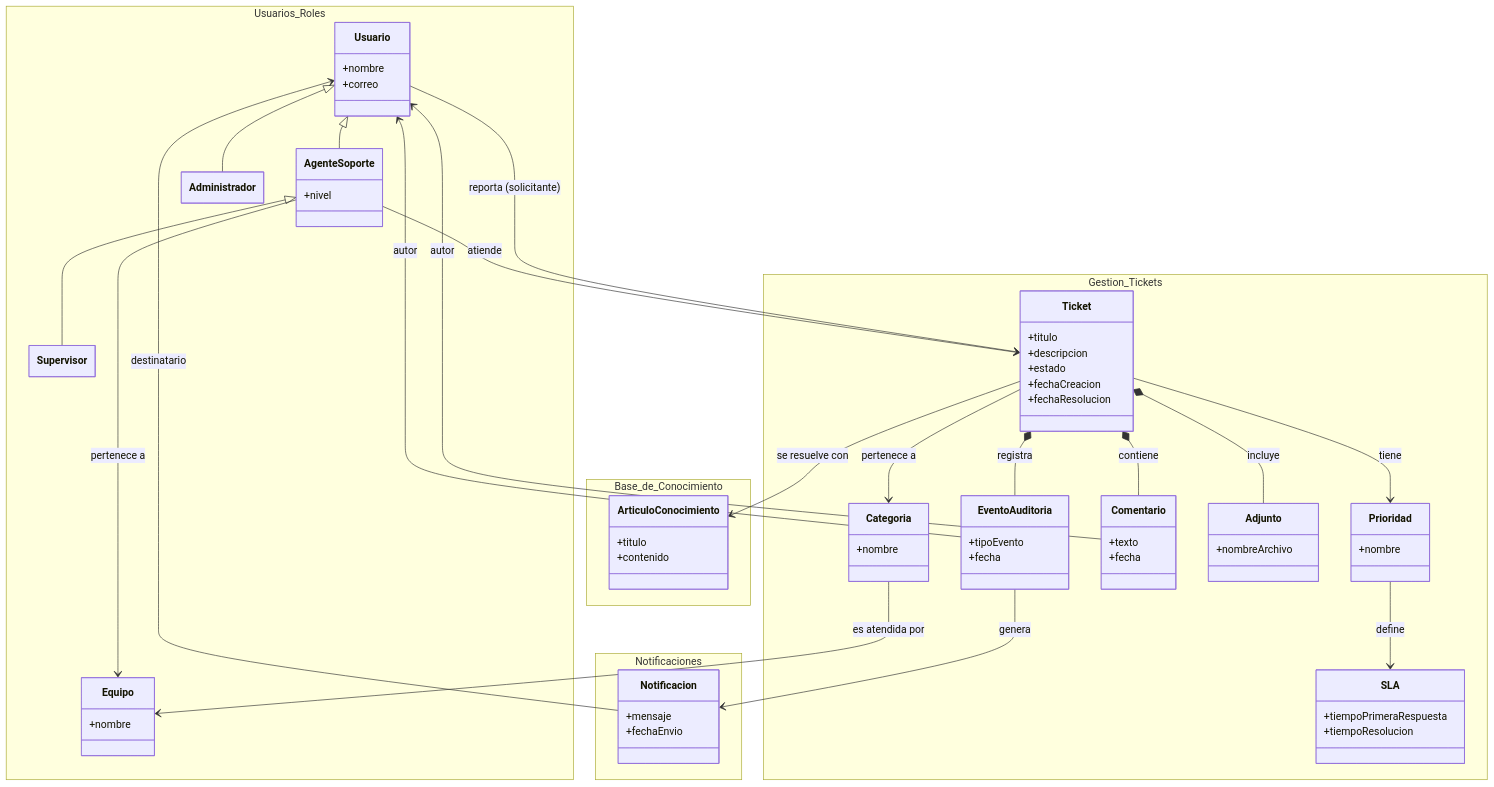
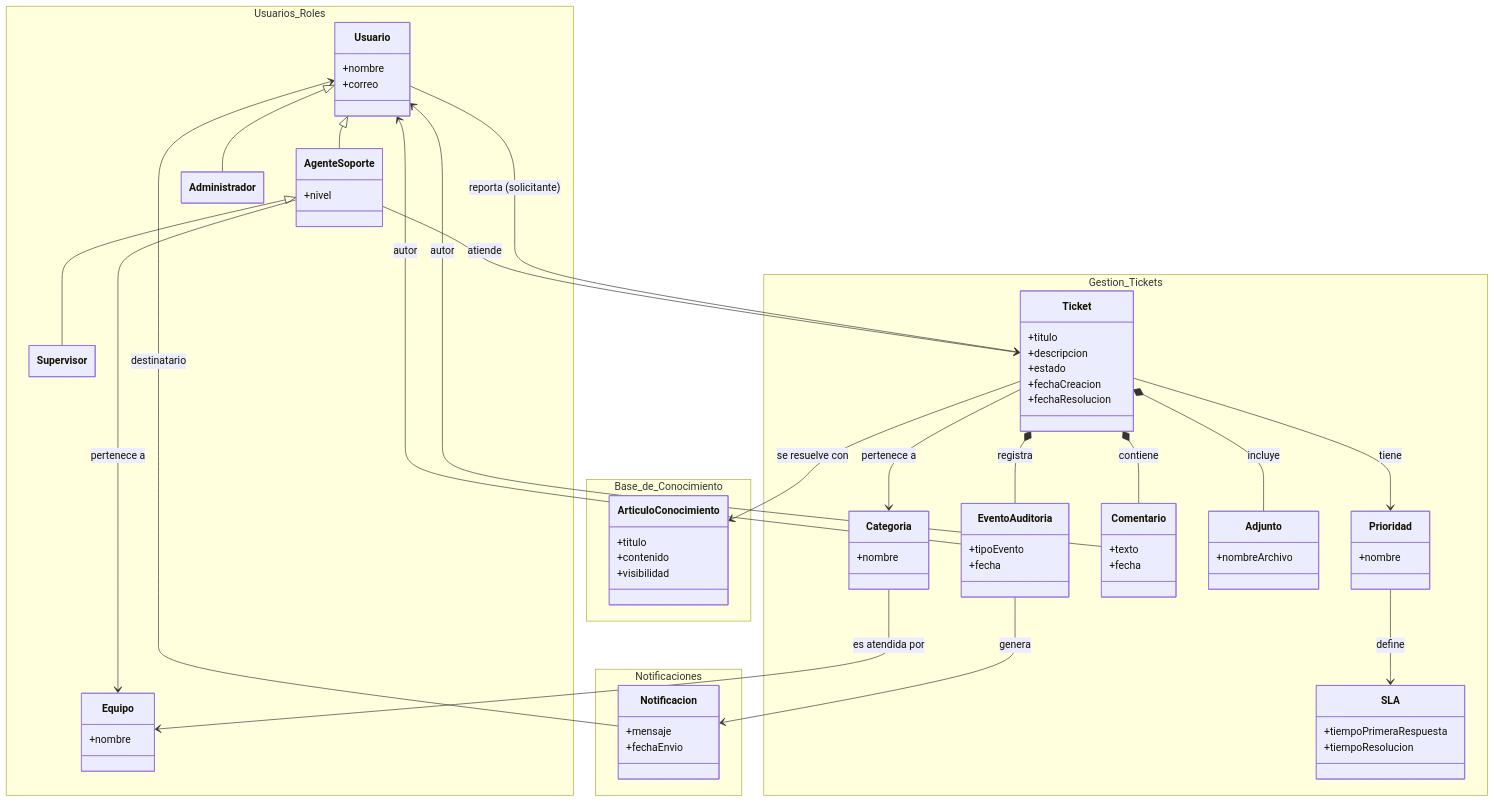
The diagram in docs/01-fase-inicio/modelo-dominio/diagrama-clases.md (Dievex/01-HelpDesk), drawn with Mermaid before and after one commit. The commit also changed other lines of this file, not shown here.

Commit message:
Add Atributo «visibilidad» en la clase «ArticuloConocimiento» para indicar el nivel de acceso (Público/Interno)

```diff
--- a/docs/01-fase-inicio/modelo-dominio/diagrama-clases.md
+++ b/docs/01-fase-inicio/modelo-dominio/diagrama-clases.md
@@ -55,6 +55,7 @@
         class ArticuloConocimiento {
             +titulo
             +contenido
+            +visibilidad
         }
     }
 
```
